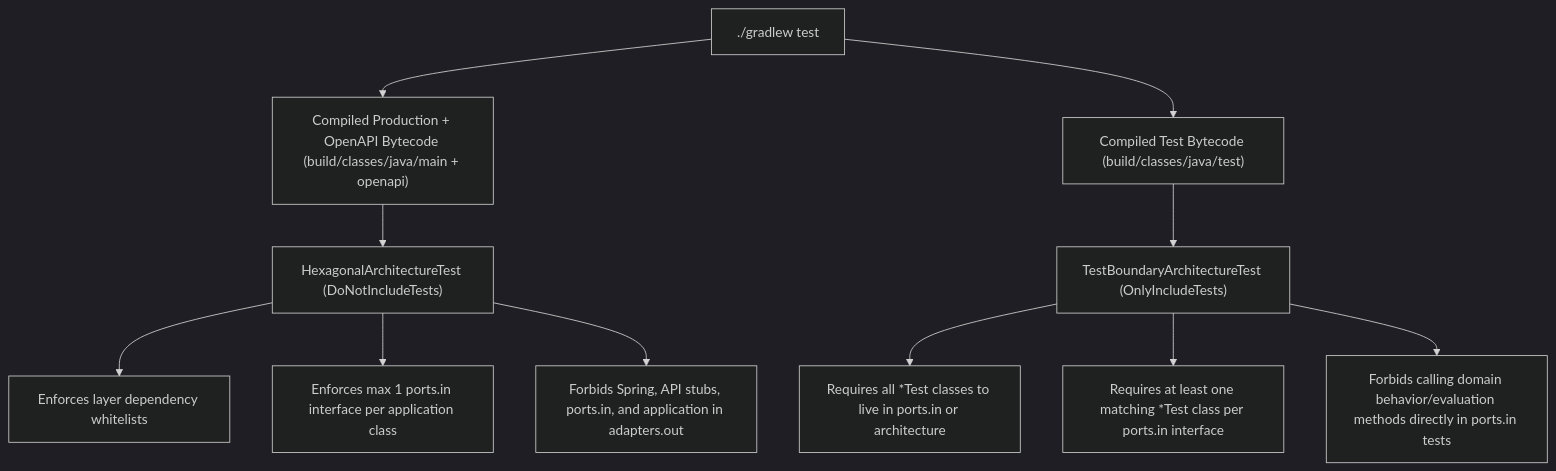
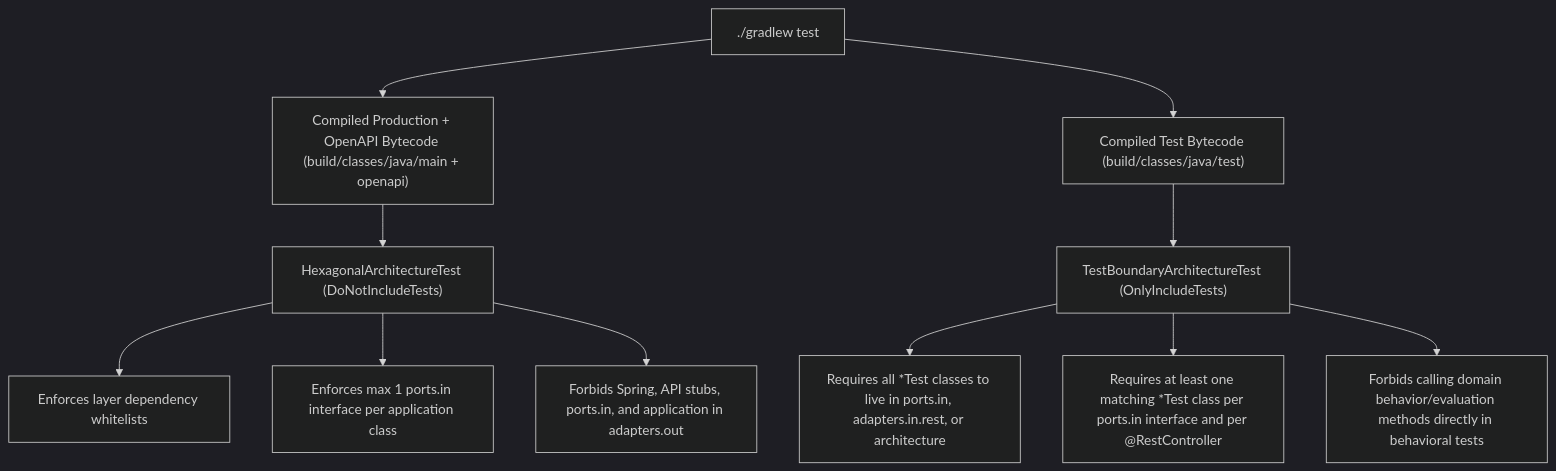
Before and after one commit to ernstvorsteveld/java-ddd-task-executable: the second of 2 diagrams in README.md, drawn with Mermaid (dark theme). The commit also changed other lines of this file and 35 other files, not shown here.

````diff
--- a/README.md
+++ b/README.md
@@ -59,16 +61,16 @@
 ```mermaid
 flowchart TD
     Gradle["./gradlew test"] --> MainClasses["Compiled Production + OpenAPI Bytecode (build/classes/java/main + openapi)"]
     Gradle --> TestClasses["Compiled Test Bytecode (build/classes/java/test)"]
 
     MainClasses --> Hex["HexagonalArchitectureTest (DoNotIncludeTests)"]
     TestClasses --> Boundary["TestBoundaryArchitectureTest (OnlyIncludeTests)"]
 
     Hex --> H1["Enforces layer dependency whitelists"]
     Hex --> H2["Enforces max 1 ports.in interface per application class"]
     Hex --> H3["Forbids Spring, API stubs, ports.in, and application in adapters.out"]
 
-    Boundary --> B1["Requires all *Test classes to live in ports.in or architecture"]
-    Boundary --> B2["Requires at least one matching *Test class per ports.in interface"]
-    Boundary --> B3["Forbids calling domain behavior/evaluation methods directly in ports.in tests"]
+    Boundary --> B1["Requires all *Test classes to live in ports.in, adapters.in.rest, or architecture"]
+    Boundary --> B2["Requires at least one matching *Test class per ports.in interface and per @RestController"]
+    Boundary --> B3["Forbids calling domain behavior/evaluation methods directly in behavioral tests"]
 ```
````
